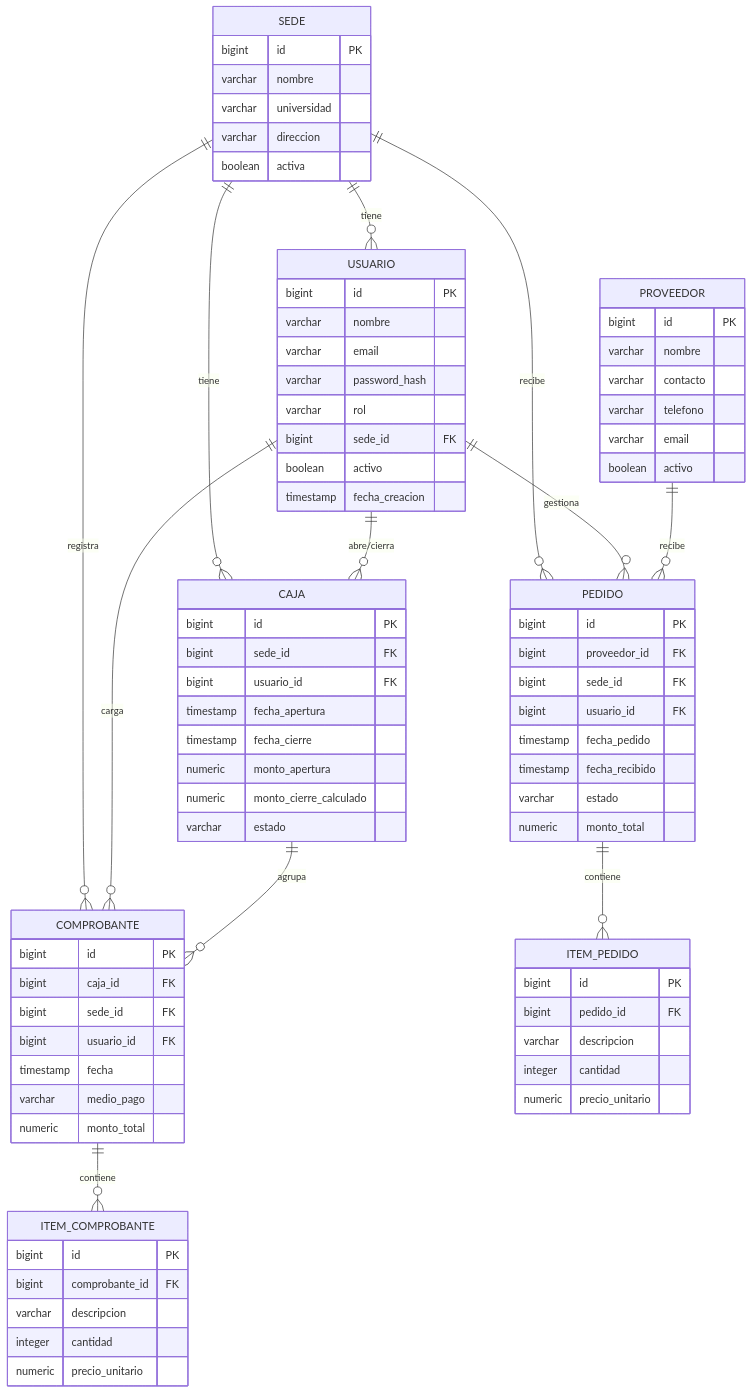
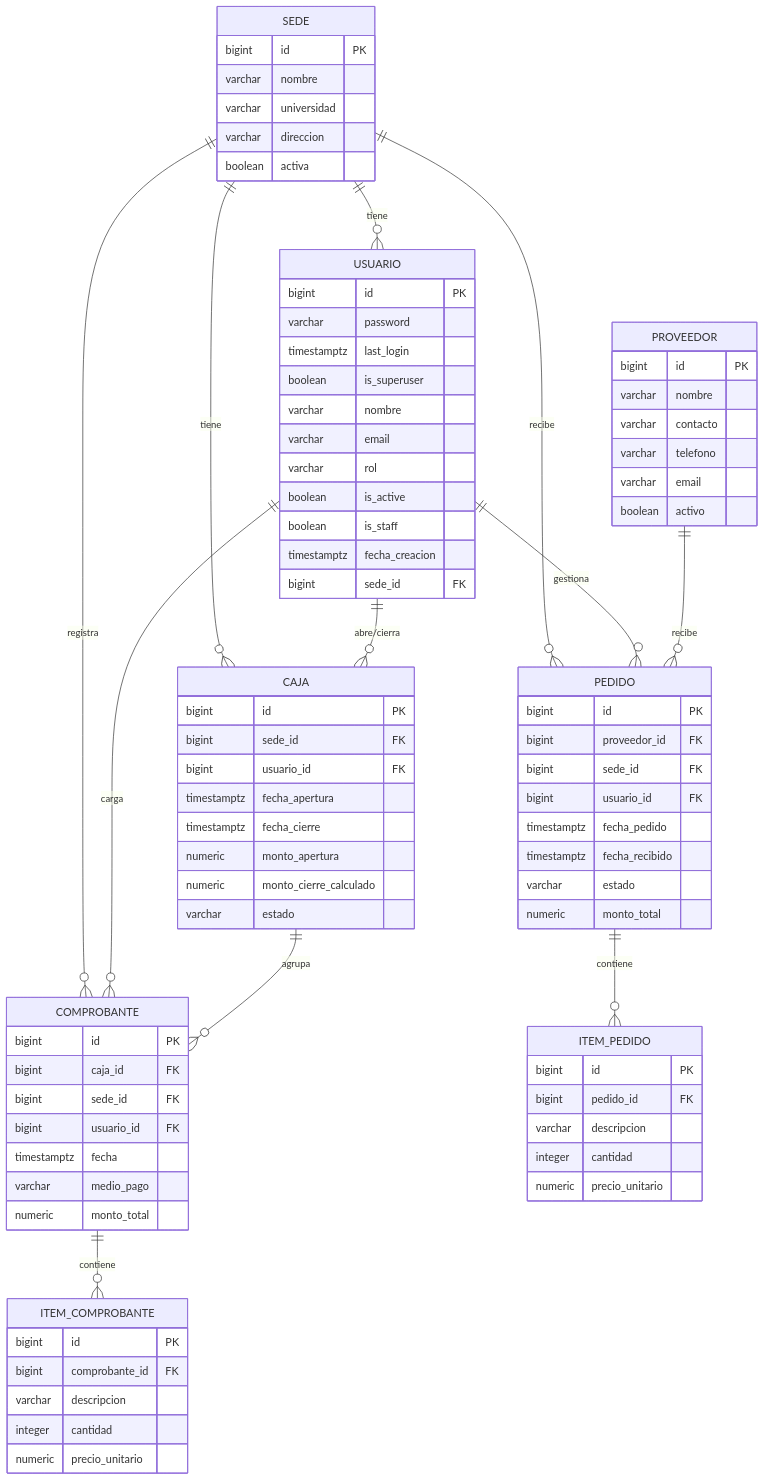
One commit to NazarenoAranda/tfi-comedores-universitarios changed the diagram in docs/02-Diseno-BD-Modulos.md. Above: the diagram before and after it, drawn with Mermaid. The commit also changed other lines of this file and 3 other files, not shown here.

```diff
--- a/docs/02-Diseno-BD-Modulos.md
+++ b/docs/02-Diseno-BD-Modulos.md
@@ -39,21 +41,24 @@
 
     USUARIO {
         bigint id PK
+        varchar password
+        timestamptz last_login
+        boolean is_superuser
         varchar nombre
         varchar email
-        varchar password_hash
         varchar rol
+        boolean is_active
+        boolean is_staff
+        timestamptz fecha_creacion
         bigint sede_id FK
-        boolean activo
-        timestamp fecha_creacion
     }
 
     CAJA {
         bigint id PK
         bigint sede_id FK
         bigint usuario_id FK
-        timestamp fecha_apertura
-        timestamp fecha_cierre
+        timestamptz fecha_apertura
+        timestamptz fecha_cierre
         numeric monto_apertura
         numeric monto_cierre_calculado
         varchar estado
@@ -64,7 +69,7 @@
         bigint caja_id FK
         bigint sede_id FK
         bigint usuario_id FK
-        timestamp fecha
+        timestamptz fecha
         varchar medio_pago
         numeric monto_total
     }
@@ -91,8 +96,8 @@
         bigint proveedor_id FK
         bigint sede_id FK
         bigint usuario_id FK
-        timestamp fecha_pedido
-        timestamp fecha_recibido
+        timestamptz fecha_pedido
+        timestamptz fecha_recibido
         varchar estado
         numeric monto_total
     }
```
